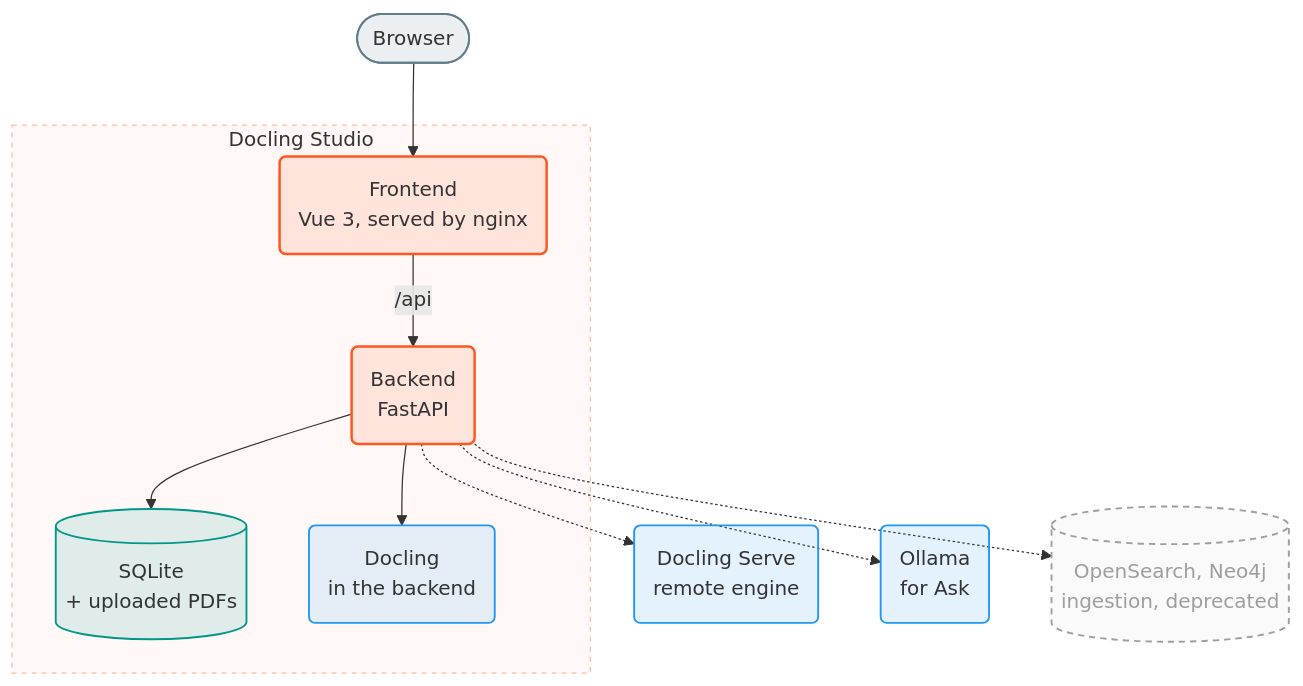
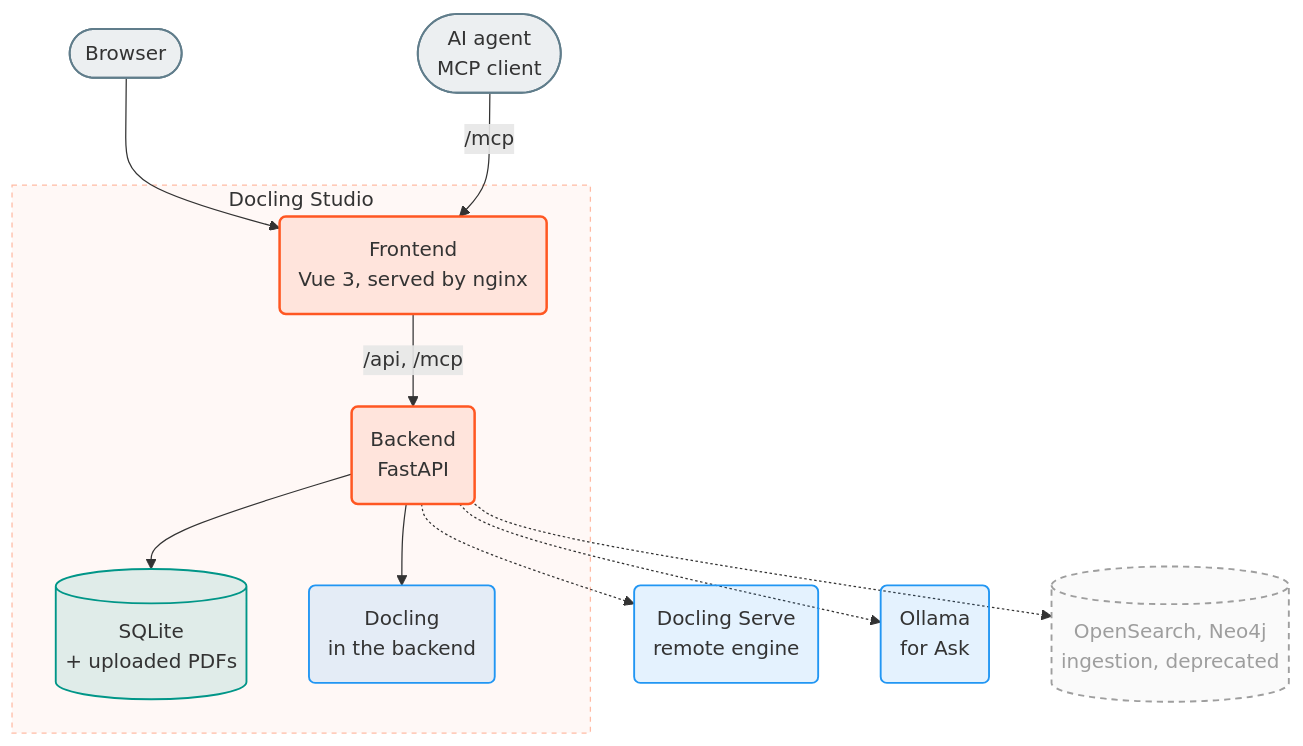
Before and after one commit to scub-france/docling-Studio: the first of 3 diagrams in docs/architecture.md, drawn with Mermaid. The commit also changed other lines of this file, not shown here.

First line of the commit message:
docs(architecture): add the MCP server, analysis import and summaries

````diff
--- a/docs/architecture.md
+++ b/docs/architecture.md
@@ -5,24 +5,25 @@
 ```mermaid
 flowchart TB
     subgraph Studio ["Docling Studio"]
-        Front("Frontend<br/>Vue 3, served by nginx") -->|/api| Back("Backend<br/>FastAPI")
+        Front("Frontend<br/>Vue 3, served by nginx") -->|/api, /mcp| Back("Backend<br/>FastAPI")
         Back --> DB[("SQLite<br/>+ uploaded PDFs")]
         Back --> Docling("Docling<br/>in the backend")
     end
     Browser(["Browser"]) --> Front
+    Agent(["AI agent<br/>MCP client"]) -->|/mcp| Front
     Back -.-> Serve("Docling Serve<br/>remote engine")
     Back -.-> Ollama("Ollama<br/>for Ask")
     Back -.-> Stores[("OpenSearch, Neo4j<br/>ingestion, deprecated")]
 
     classDef grey fill:#607D8B1F,stroke:#607D8B,stroke-width:1.5px
     classDef orange fill:#FF57221F,stroke:#FF5722,stroke-width:2px
     classDef blue fill:#2196F31F,stroke:#2196F3,stroke-width:1.5px
     classDef teal fill:#0096881F,stroke:#009688,stroke-width:1.5px
     classDef deprecated fill:#9E9E9E0D,stroke:#9E9E9E,stroke-width:1.5px,stroke-dasharray:5 4,color:#9E9E9E
-    class Browser grey
+    class Browser,Agent grey
     class Front,Back orange
     class Docling,Serve,Ollama blue
     class DB teal
     class Stores deprecated
     style Studio fill:#FF57220A,stroke:#FF572266,stroke-width:1px,stroke-dasharray:4 4
 ```
````
